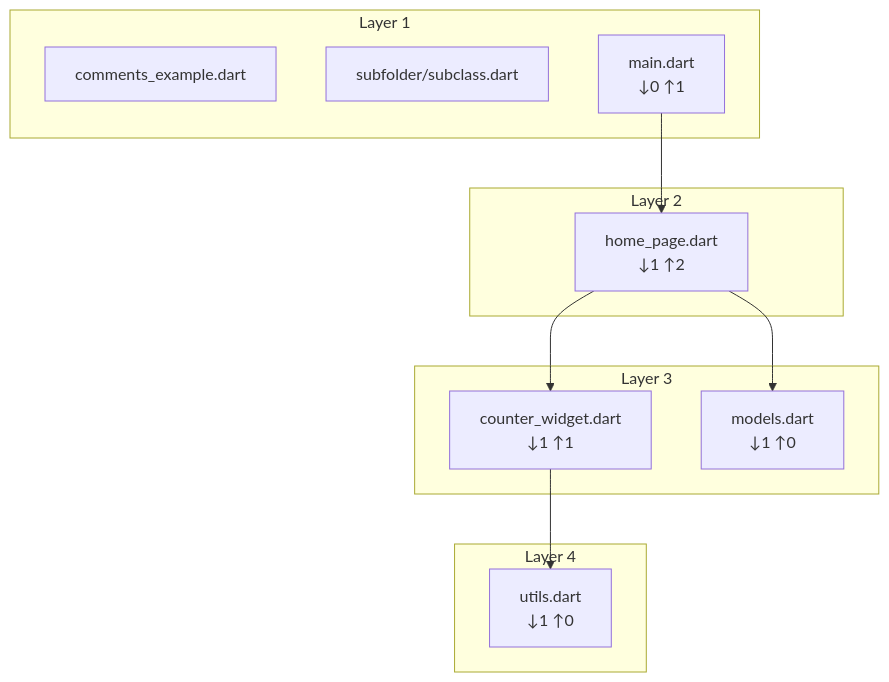
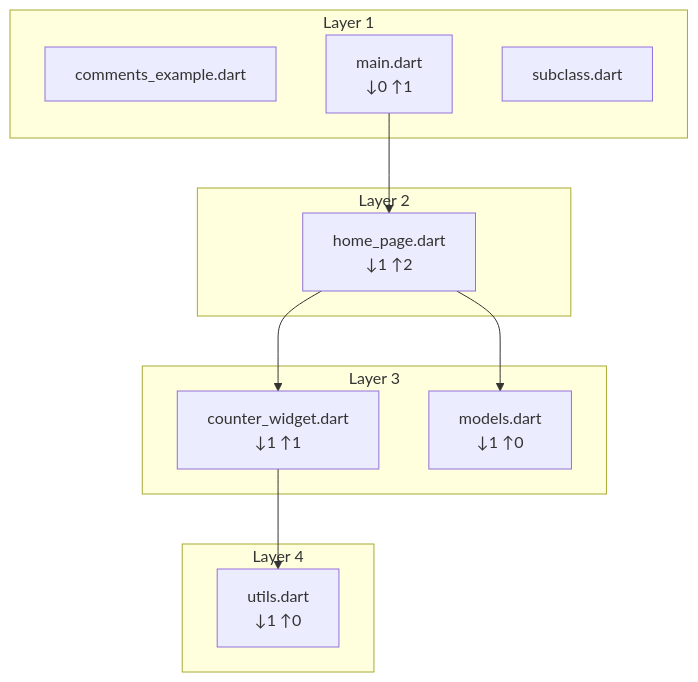
One commit to vteam-com/fCheck changed the diagram in example/fcheck.mmd. Above: the diagram before and after it, drawn with Mermaid. The commit also changed 30 other files, not shown here.

```diff
--- a/example/fcheck.mmd
+++ b/example/fcheck.mmd
@@ -1,20 +1,20 @@
 graph TD
     subgraph Layer_1["Layer 1"]
         comments_example["comments_example.dart"]
-        subfolder_subclass["subfolder/subclass.dart"]
         main["main.dart\n↓0 ↑1"]
+        subfolder_subclass["subclass.dart"]
     end
     subgraph Layer_4["Layer 4"]
         utils["utils.dart\n↓1 ↑0"]
     end
     subgraph Layer_3["Layer 3"]
         counter_widget["counter_widget.dart\n↓1 ↑1"]
         models["models.dart\n↓1 ↑0"]
     end
     subgraph Layer_2["Layer 2"]
         home_page["home_page.dart\n↓1 ↑2"]
     end
-    main --> home_page
     counter_widget --> utils
     home_page --> counter_widget
     home_page --> models
+    main --> home_page
```
